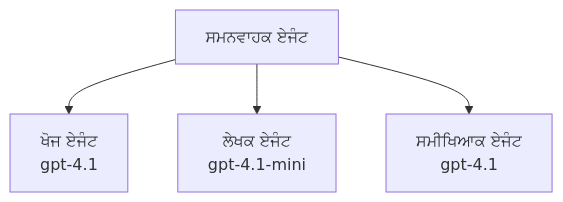
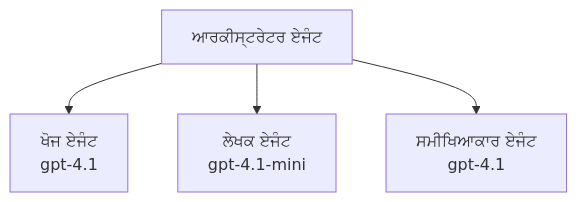
The third of 3 diagrams in translations/pa/docs/chapter-02-ai-development/agents.md (microsoft/AZD-for-beginners), drawn with Mermaid before and after one commit. The commit also changed other lines of this file and 59 other files, not shown here.

````diff
--- a/translations/pa/docs/chapter-02-ai-development/agents.md
+++ b/translations/pa/docs/chapter-02-ai-development/agents.md
@@ -201,6 +201,6 @@
 ```mermaid
 graph TD
-    Orchestrator[ਸਮਨਵਾਹਕ ਏਜੰਟ] --> Research[ਖੋਜ ਏਜੰਟ<br/>gpt-4.1]
+    Orchestrator[ਆਰਕੀਸ੍ਟਰੇਟਰ ਏਜੰਟ] --> Research[ਖੋਜ ਏਜੰਟ<br/>gpt-4.1]
     Orchestrator --> Writer[ਲੇਖਕ ਏਜੰਟ<br/>gpt-4.1-mini]
-    Orchestrator --> Reviewer[ਸਮੀਖਿਆਕ ਏਜੰਟ<br/>gpt-4.1]
+    Orchestrator --> Reviewer[ਸਮੀਖਿਆਕਾਰ ਏਜੰਟ<br/>gpt-4.1]
 ```
````
